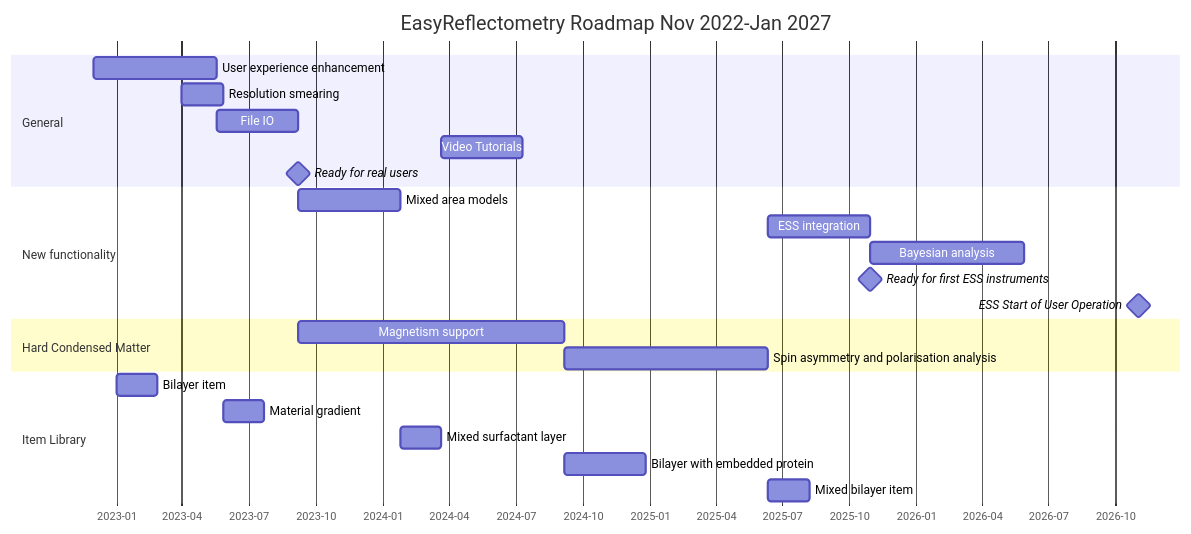
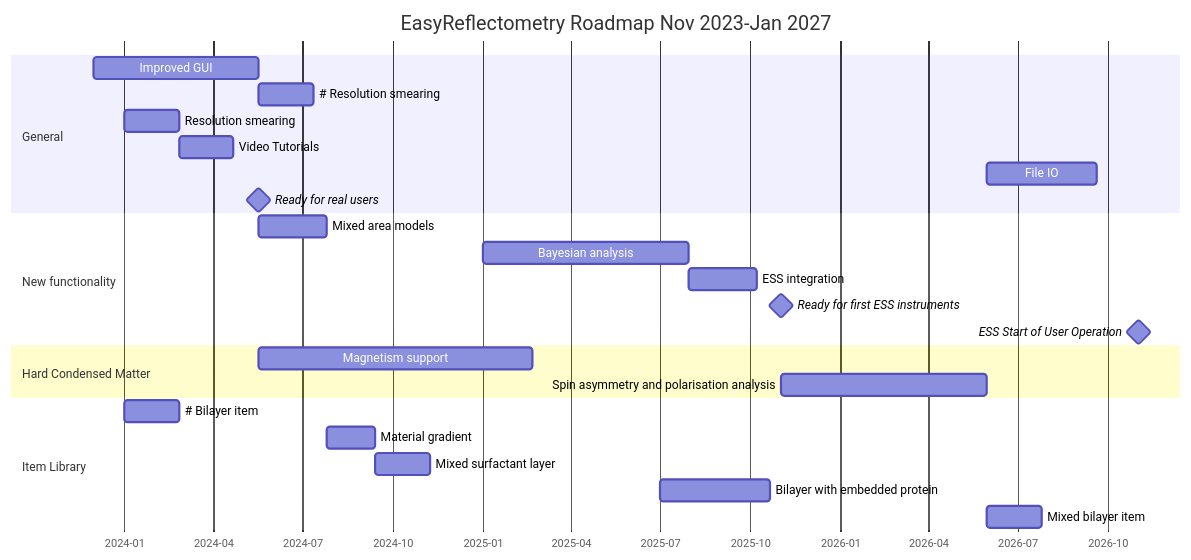
The diagram in ROADMAP.md (EasyScience/EasyReflectometryApp), drawn with Mermaid before and after one commit. The commit also changed other lines of this file and 23 other files, not shown here.

````diff
--- a/ROADMAP.md
+++ b/ROADMAP.md
@@ -8,32 +8,33 @@
 ```mermaid
 gantt
-    title EasyReflectometry Roadmap Nov 2022-Jan 2027
+    title EasyReflectometry Roadmap Nov 2023-Jan 2027
     dateFormat  YYYY-MM
     axisFormat  %Y-%m
     todaymarker off
 
     section General
-    User experience enhancement :a1, 2022-12, 24w
-    Resolution smearing :a2, 2023-04, 8w
-    File IO :a3, after a1, 16w
-    Video Tutorials :a4, after d3, 16w
-    Ready for real users: milestone, m1, after a3, 2min
+    Improved GUI :a1, 2023-12, 24w
+    # Resolution smearing :a2, after a1, 8w
+    Resolution smearing :a2, 2024-01, 8w
+    Video Tutorials :a3, after a2, 8w
+    File IO :a4, after c2, 16w
+    Ready for real users: milestone, m1, after a1, 2min
 
     section New functionality
-    Mixed area models :b1, after m1, 20w
-    ESS integration :b2, after c2, 20w
-    Bayesian analysis :b3, after b2, 30w
-    Ready for first ESS instruments :milestone, m2, after b2, 2min
+    Mixed area models :b1, after m1, 10w
+    Bayesian analysis :b3, 2025-01, 30w
+    ESS integration :b2, after b3, 10w
+    Ready for first ESS instruments :milestone, m2, 2025-11, 2min
     ESS Start of User Operation :milestone, m3, 2026-11, 2min
 
     section Hard Condensed Matter
-    Magnetism support :c1, after m1, 52w
-    Spin asymmetry and polarisation analysis :c2, after c1, 40w
+    Magnetism support :c1, after m1, 40w
+    Spin asymmetry and polarisation analysis :c2, after m2, 30w
 
     section Item Library
-    Bilayer item :d1, 2023-01, 8w
-    Material gradient :d2, after a2, 8w
-    Mixed surfactant layer :d3, after b1, 8w
-    Bilayer with embedded protein :d4, after c1, 16w
+    # Bilayer item :d1, 2024-01, 8w
+    Material gradient :d2, after b1, 7w
+    Mixed surfactant layer :d3, after d2, 8w
+    Bilayer with embedded protein :d4, 2025-07, 16w
     Mixed bilayer item :d5, after c2, 8w
 ```
````
